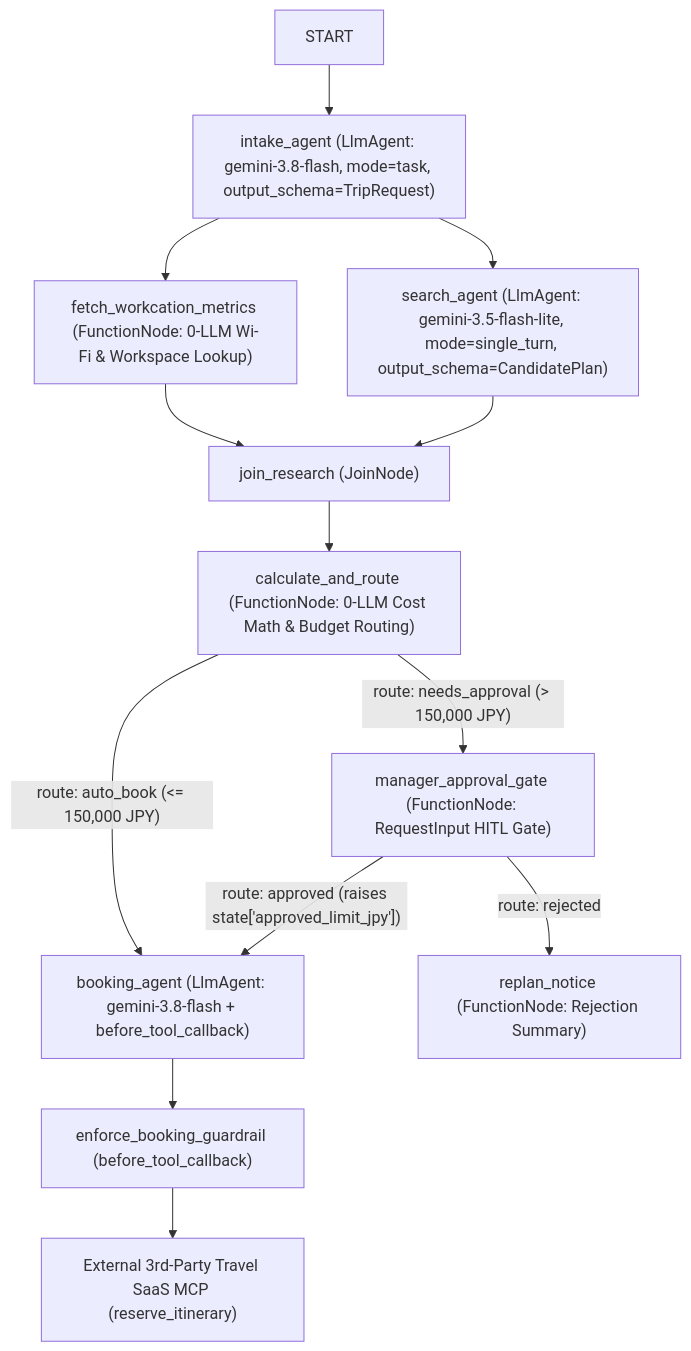
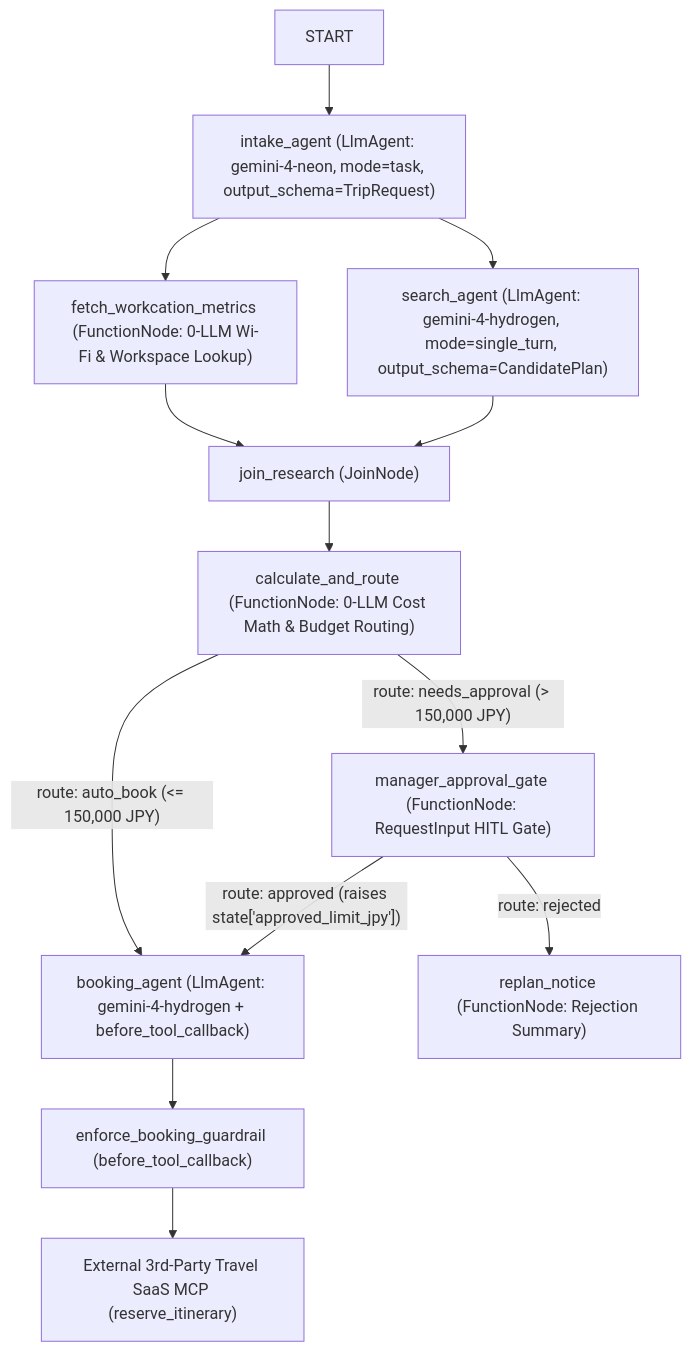
The first of 2 diagrams in doc/design.md (n-issei-777/architecture-conference-2026-adk-handson), drawn with Mermaid before and after one commit. The commit also changed other lines of this file and 8 other files, not shown here.

Commit message:
feat: upgrade agent models to gemini-4-neon and gemini-4-hydrogen on global endpoint

````diff
--- a/doc/design.md
+++ b/doc/design.md
@@ -20,15 +20,15 @@
 ```mermaid
 flowchart TD
-    START["START"] --> Intake["intake_agent (LlmAgent: gemini-3.8-flash, mode=task, output_schema=TripRequest)"]
+    START["START"] --> Intake["intake_agent (LlmAgent: gemini-4-neon, mode=task, output_schema=TripRequest)"]
     Intake --> Metrics["fetch_workcation_metrics (FunctionNode: 0-LLM Wi-Fi & Workspace Lookup)"]
-    Intake --> Search["search_agent (LlmAgent: gemini-3.5-flash-lite, mode=single_turn, output_schema=CandidatePlan)"]
+    Intake --> Search["search_agent (LlmAgent: gemini-4-hydrogen, mode=single_turn, output_schema=CandidatePlan)"]
     Metrics --> Join["join_research (JoinNode)"]
     Search --> Join
     Join --> CalcRoute["calculate_and_route (FunctionNode: 0-LLM Cost Math & Budget Routing)"]
-    CalcRoute -- "route: auto_book (<= 150,000 JPY)" --> Book["booking_agent (LlmAgent: gemini-3.8-flash + before_tool_callback)"]
+    CalcRoute -- "route: auto_book (<= 150,000 JPY)" --> Book["booking_agent (LlmAgent: gemini-4-hydrogen + before_tool_callback)"]
     CalcRoute -- "route: needs_approval (> 150,000 JPY)" --> Approval["manager_approval_gate (FunctionNode: RequestInput HITL Gate)"]
     Approval -- "route: approved (raises state['approved_limit_jpy'])" --> Book
     Approval -- "route: rejected" --> Replan["replan_notice (FunctionNode: Rejection Summary)"]
     Book --> Guardrail["enforce_booking_guardrail (before_tool_callback)"]
     Guardrail --> MCP["External 3rd-Party Travel SaaS MCP (reserve_itinerary)"]
 ```
````
